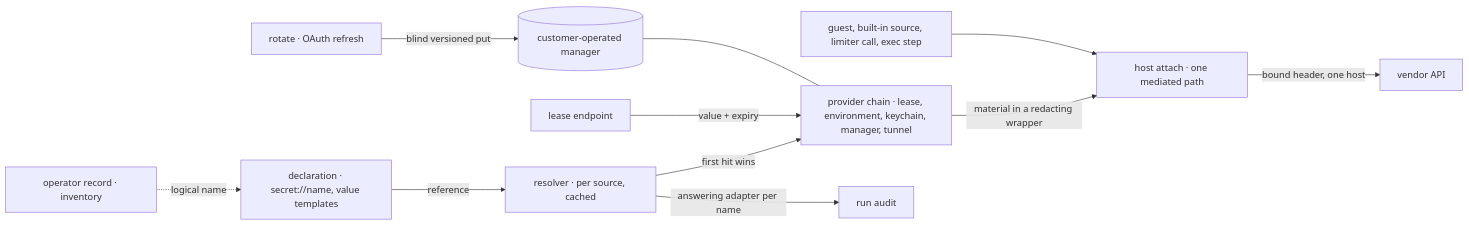
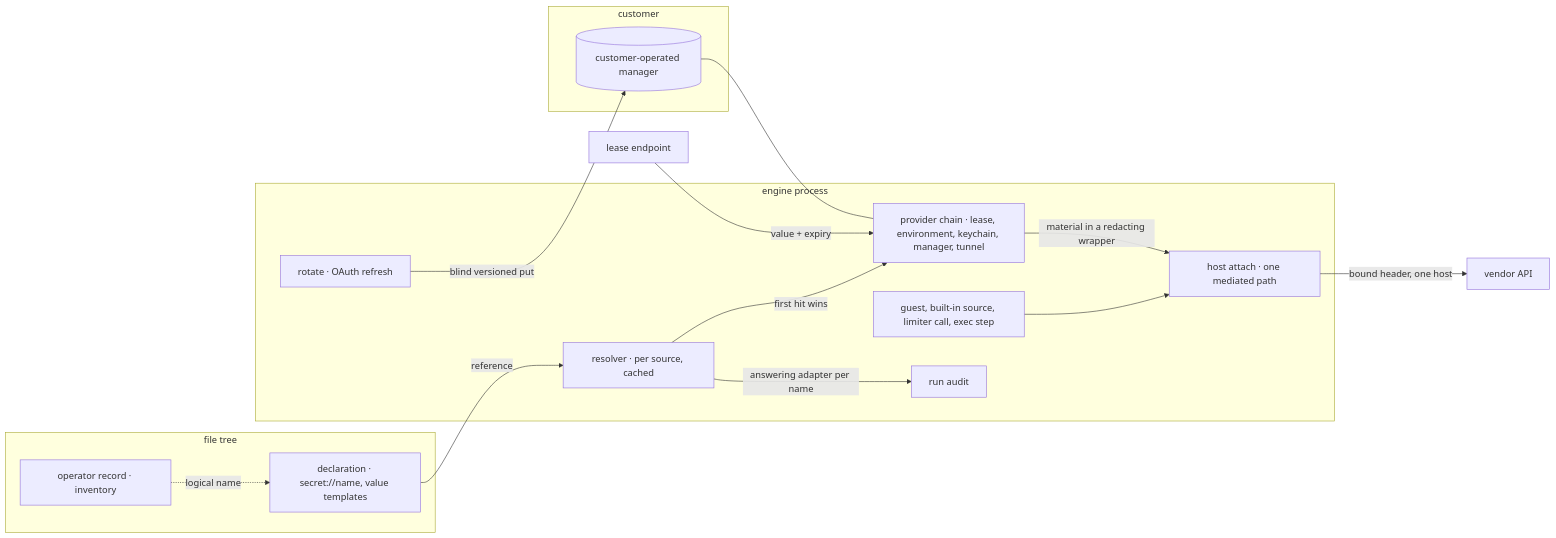
Before and after one commit to fractalboxdev/contextful: the first of 3 diagrams in spec/41-secrets.md, drawn with Mermaid. The commit also changed other lines of this file and 33 other files, not shown here.

Commit message:
spec: diagrams draw contracts, parties and trust zones as containers; a node standing for one is refused

````diff
--- a/spec/41-secrets.md
+++ b/spec/41-secrets.md
@@ -20,13 +20,30 @@
 ```mermaid
 flowchart LR
-  DECL["declaration · secret://name, value templates"] -->|reference| RES["resolver · per source, cached"]
-  RES -->|"first hit wins"| CHAIN["provider chain · lease, environment, keychain, manager, tunnel"]
-  MINT["lease endpoint"] -->|"value + expiry"| CHAIN
-  MGR[("customer-operated manager")] --- CHAIN
-  ROT["rotate · OAuth refresh"] -->|"blind versioned put"| MGR
-  CHAIN -->|"material in a redacting wrapper"| ATT["host attach · one mediated path"]
-  EGR["guest, built-in source, limiter call, exec step"] --> ATT
-  ATT -->|"bound header, one host"| VEND["vendor API"]
-  RES -->|"answering adapter per name"| AUD["run audit"]
-  REC["operator record · inventory"] -.->|"logical name"| DECL
+  subgraph TREE["file tree"]
+    DECL["declaration · secret://name, value templates"]
+    REC["operator record · inventory"]
+  end
+  subgraph ENGINE["engine process"]
+    RES["resolver · per source, cached"]
+    CHAIN["provider chain · lease, environment, keychain, manager, tunnel"]
+    ROT["rotate · OAuth refresh"]
+    ATT["host attach · one mediated path"]
+    EGR["guest, built-in source, limiter call, exec step"]
+    AUD["run audit"]
+  end
+  MINT["lease endpoint"]
+  subgraph CUST["customer"]
+    MGR[("customer-operated manager")]
+  end
+  VEND["vendor API"]
+  DECL -->|reference| RES
+  RES -->|"first hit wins"| CHAIN
+  MINT -->|"value + expiry"| CHAIN
+  MGR --- CHAIN
+  ROT -->|"blind versioned put"| MGR
+  CHAIN -->|"material in a redacting wrapper"| ATT
+  EGR --> ATT
+  ATT -->|"bound header, one host"| VEND
+  RES -->|"answering adapter per name"| AUD
+  REC -.->|"logical name"| DECL
 ```
````
